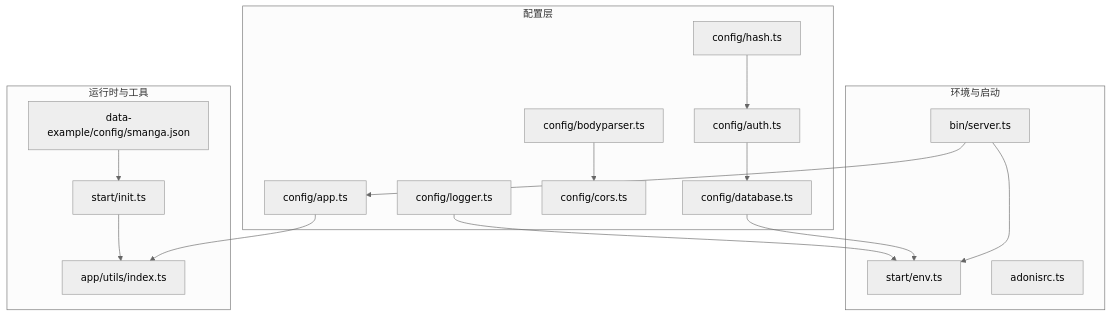
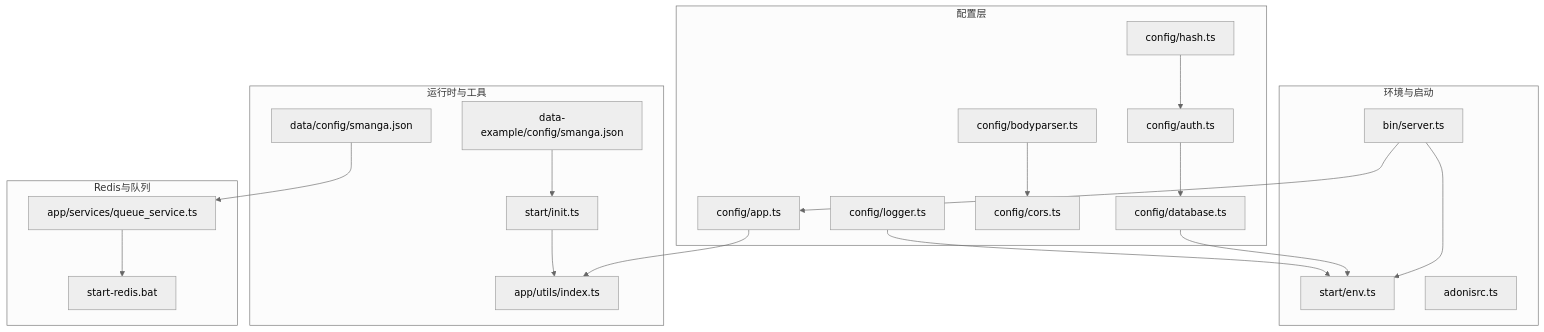
Before and after one commit to lkw199711/smanga-adonis: the first of 3 diagrams in .qoder/repowiki/zh/content/配置管理/应用配置.md, drawn with Mermaid (neutral theme). The commit also changed other lines of this file and 8 other files, not shown here.

````diff
--- a/.qoder/repowiki/zh/content/配置管理/应用配置.md
+++ b/.qoder/repowiki/zh/content/配置管理/应用配置.md
@@ -46,32 +51,39 @@
 ```mermaid
 graph TB
 subgraph "配置层"
 CFG_APP["config/app.ts"]
 CFG_DB["config/database.ts"]
 CFG_AUTH["config/auth.ts"]
 CFG_BODY["config/bodyparser.ts"]
 CFG_CORS["config/cors.ts"]
 CFG_HASH["config/hash.ts"]
 CFG_LOG["config/logger.ts"]
 end
 subgraph "环境与启动"
 ENV["start/env.ts"]
 SERVER["bin/server.ts"]
 RC["adonisrc.ts"]
 end
 subgraph "运行时与工具"
 INIT["start/init.ts"]
 UTILS["app/utils/index.ts"]
 SAMPLE["data-example/config/smanga.json"]
+DATA_CFG["data/config/smanga.json"]
+end
+subgraph "Redis与队列"
+QUEUE["app/services/queue_service.ts"]
+REDIS_BAT["start-redis.bat"]
 end
 SERVER --> ENV
 SERVER --> CFG_APP
 CFG_APP --> UTILS
 INIT --> UTILS
 CFG_DB --> ENV
 CFG_AUTH --> CFG_DB
 CFG_BODY --> CFG_CORS
 CFG_HASH --> CFG_AUTH
 CFG_LOG --> ENV
 SAMPLE --> INIT
+DATA_CFG --> QUEUE
+QUEUE --> REDIS_BAT
 ```
````
